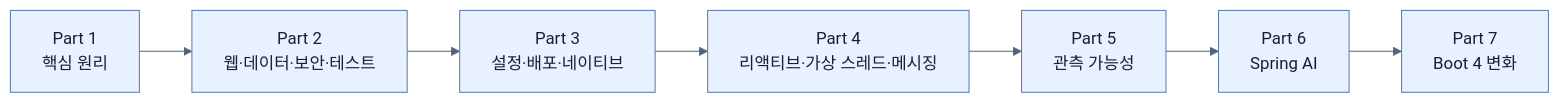
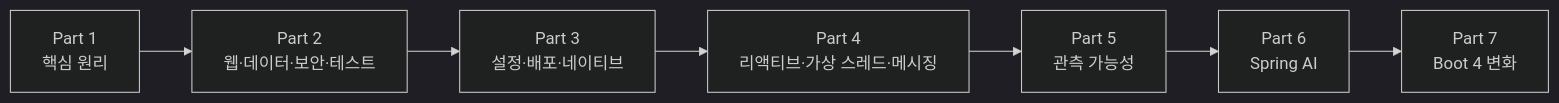
The diagram in spring-boot-4-pdf-notes/README.md (sing-u8/Learning_Spring_Boot_4), drawn with Mermaid before and after one commit. The commit also changed 450 other files, not shown here.

````diff
--- a/spring-boot-4-pdf-notes/README.md
+++ b/spring-boot-4-pdf-notes/README.md
@@ -35,10 +35,10 @@
 ```mermaid
-%%{init: {'theme': 'base', 'themeVariables': {'background': '#ffffff', 'primaryColor': '#e8f1ff', 'primaryTextColor': '#172033', 'primaryBorderColor': '#5b7db1', 'lineColor': '#52647a', 'secondaryColor': '#f7fbff', 'tertiaryColor': '#fff7df'}}}%%
+%%{init: {'theme': 'dark'}}%%
 flowchart LR
     P1[Part 1<br/>핵심 원리] --> P2[Part 2<br/>웹·데이터·보안·테스트]
     P2 --> P3[Part 3<br/>설정·배포·네이티브]
     P3 --> P4[Part 4<br/>리액티브·가상 스레드·메시징]
     P4 --> P5[Part 5<br/>관측 가능성]
     P5 --> P6[Part 6<br/>Spring AI]
     P6 --> P7[Part 7<br/>Boot 4 변화]
 ```
````
